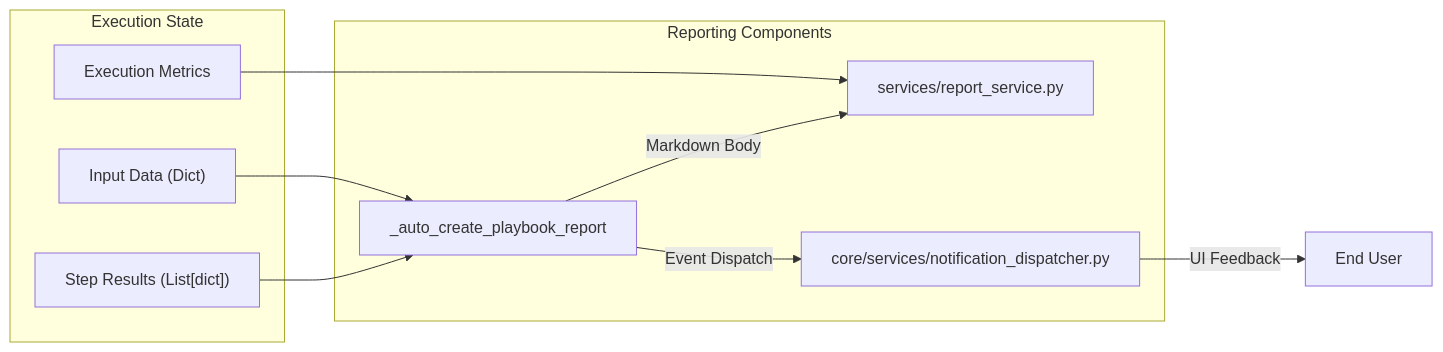
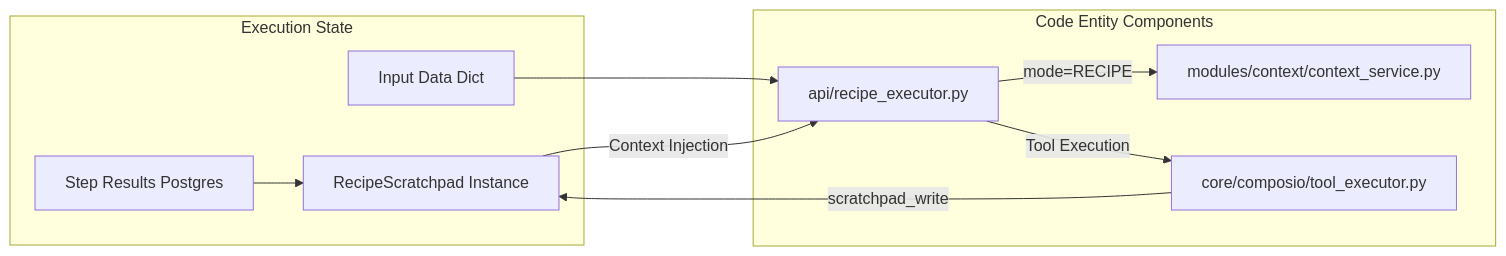
The second of 2 diagrams in docs/workflows-recipes/recipe-scratchpad.md (AutomatosAI/automatos-ai), drawn with Mermaid before and after one commit. The commit also changed other lines of this file and 191 other files, not shown here.

````diff
--- a/docs/workflows-recipes/recipe-scratchpad.md
+++ b/docs/workflows-recipes/recipe-scratchpad.md
@@ -85,21 +93,21 @@
 ```mermaid
 graph LR
     subgraph "Execution State"
-        StepResults["Step Results (List[dict])"]
-        TriggerData["Input Data (Dict)"]
-        Metrics["Execution Metrics"]
+        StepResults["Step Results Postgres"]
+        TriggerData["Input Data Dict"]
+        ScratchpadObj["RecipeScratchpad Instance"]
     end
 
-    subgraph "Reporting Components"
-        ReportSvc["services/report_service.py"]
-        AutoReport["_auto_create_playbook_report"]
-        NotificationSvc["core/services/notification_dispatcher.py"]
+    subgraph "Code Entity Components"
+        Executor["api/recipe_executor.py"]
+        ContextService["modules/context/context_service.py"]
+        ComposioExecutor["core/composio/tool_executor.py"]
     end
 
-    TriggerData --> AutoReport
-    StepResults --> AutoReport
-    Metrics --> ReportSvc
-    AutoReport -->|"Markdown Body"| ReportSvc
-    AutoReport -->|"Event Dispatch"| NotificationSvc
-    NotificationSvc -->|"UI Feedback"| User["End User"]
+    TriggerData --> Executor
+    StepResults --> ScratchpadObj
+    ScratchpadObj -->|"Context Injection"| Executor
+    Executor -->|"mode=RECIPE"| ContextService
+    Executor -->|"Tool Execution"| ComposioExecutor
+    ComposioExecutor -->|"scratchpad_write"| ScratchpadObj
 ```
````
